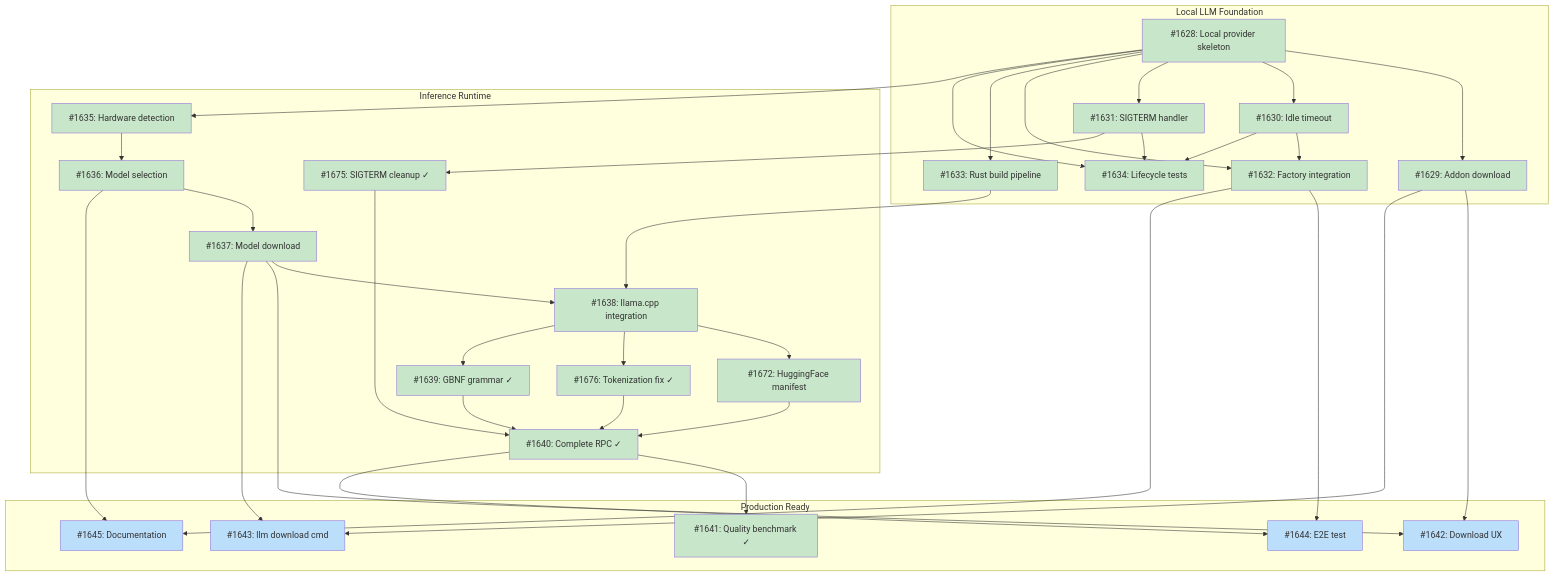
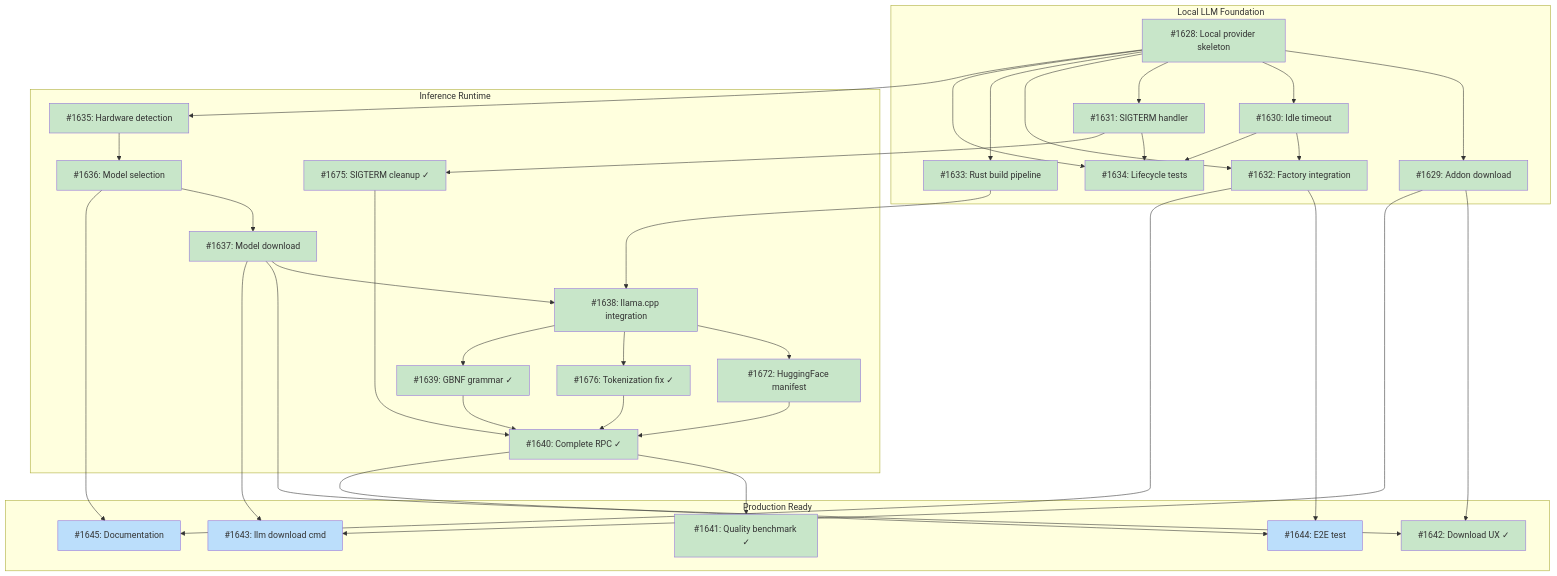
One commit to tsukumogami/tsuku changed the diagram in docs/designs/DESIGN-local-llm-runtime.md. Above: the diagram before and after it, drawn with Mermaid. The commit also changed other lines of this file, not shown here.

Commit message:
docs(llm): mark #1642 complete in design doc
Update dependency graph and implementation table to reflect download
permission prompts and progress UX completion.

````diff
--- a/docs/designs/DESIGN-local-llm-runtime.md
+++ b/docs/designs/DESIGN-local-llm-runtime.md
@@ -80,72 +80,72 @@
 ```mermaid
 graph TD
     subgraph M1["Local LLM Foundation"]
         I1628["#1628: Local provider skeleton"]
         I1629["#1629: Addon download"]
         I1630["#1630: Idle timeout"]
         I1631["#1631: SIGTERM handler"]
         I1632["#1632: Factory integration"]
         I1633["#1633: Rust build pipeline"]
         I1634["#1634: Lifecycle tests"]
     end
 
     subgraph M2["Inference Runtime"]
         I1635["#1635: Hardware detection"]
         I1636["#1636: Model selection"]
         I1637["#1637: Model download"]
         I1638["#1638: llama.cpp integration"]
         I1672["#1672: HuggingFace manifest"]
         I1675["#1675: SIGTERM cleanup ✓"]
         I1676["#1676: Tokenization fix ✓"]
         I1639["#1639: GBNF grammar ✓"]
         I1640["#1640: Complete RPC ✓"]
     end
 
     subgraph M3["Production Ready"]
         I1641["#1641: Quality benchmark ✓"]
-        I1642["#1642: Download UX"]
+        I1642["#1642: Download UX ✓"]
         I1643["#1643: llm download cmd"]
         I1644["#1644: E2E test"]
         I1645["#1645: Documentation"]
     end
 
     I1628 --> I1629
     I1628 --> I1630
     I1628 --> I1631
     I1628 --> I1632
     I1630 --> I1632
     I1628 --> I1633
     I1628 --> I1634
     I1630 --> I1634
     I1631 --> I1634
     I1628 --> I1635
     I1635 --> I1636
     I1636 --> I1637
     I1633 --> I1638
     I1637 --> I1638
     I1638 --> I1672
     I1631 --> I1675
     I1638 --> I1676
     I1638 --> I1639
     I1672 --> I1640
     I1675 --> I1640
     I1676 --> I1640
     I1639 --> I1640
     I1640 --> I1641
     I1629 --> I1642
     I1637 --> I1642
     I1629 --> I1643
     I1637 --> I1643
     I1640 --> I1644
     I1632 --> I1644
     I1632 --> I1645
     I1636 --> I1645
 
     classDef done fill:#c8e6c9
     classDef ready fill:#bbdefb
     classDef blocked fill:#fff9c4
     classDef needsDesign fill:#e1bee7
 
-    class I1628,I1629,I1630,I1631,I1632,I1633,I1634,I1635,I1636,I1637,I1638,I1672,I1675,I1676,I1639,I1640,I1641 done
-    class I1642,I1643,I1644,I1645 ready
+    class I1628,I1629,I1630,I1631,I1632,I1633,I1634,I1635,I1636,I1637,I1638,I1672,I1675,I1676,I1639,I1640,I1641,I1642 done
+    class I1643,I1644,I1645 ready
 ```
````
